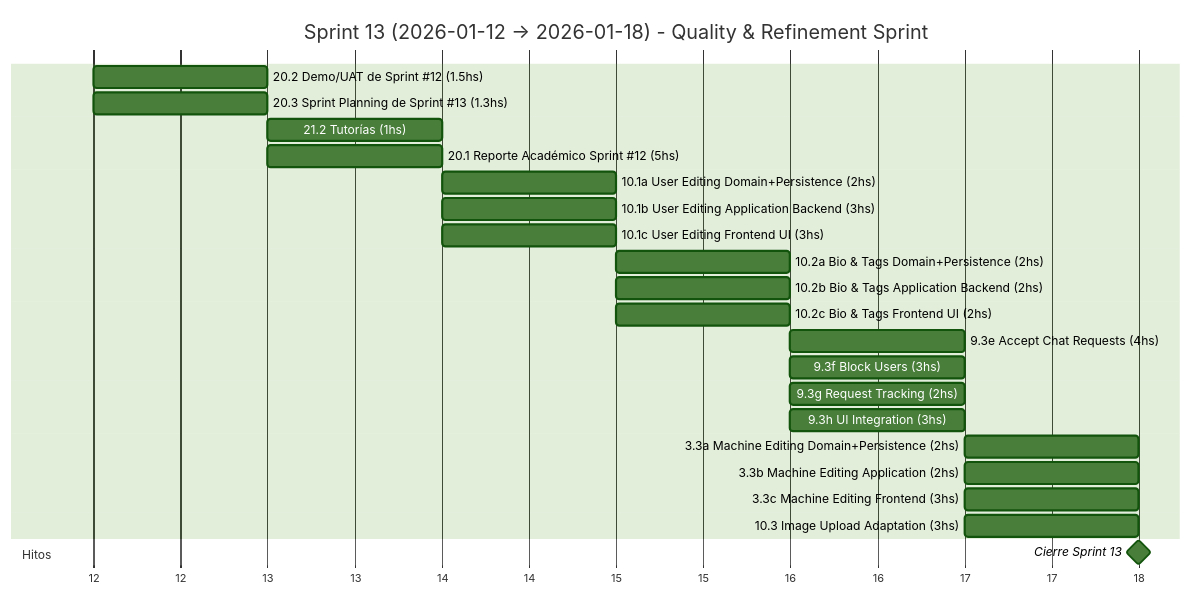
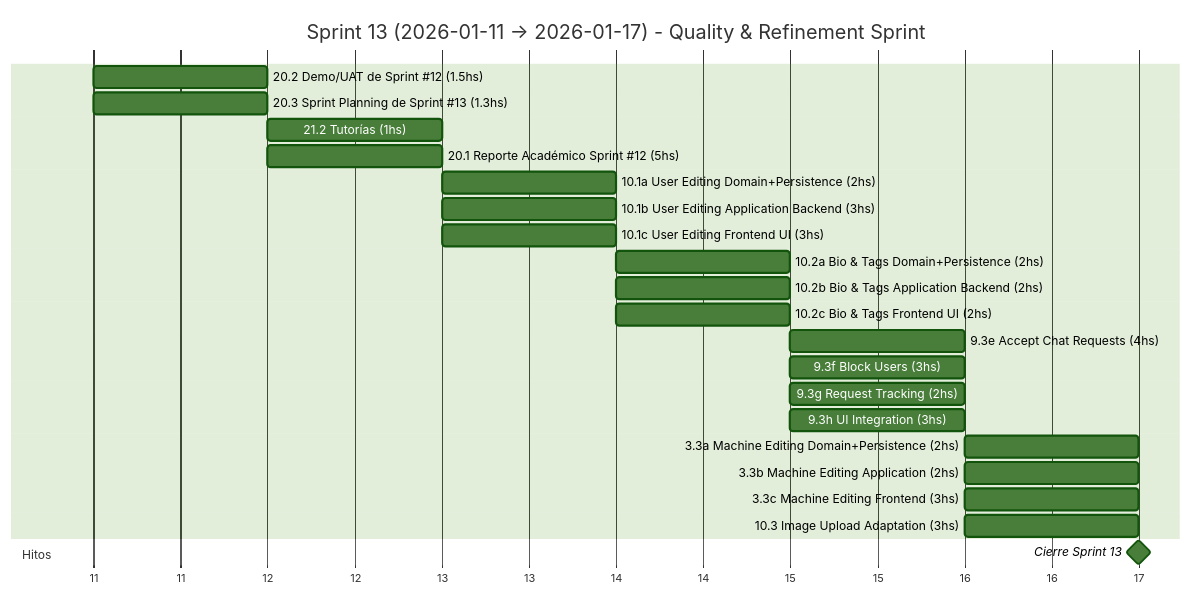
Before and after one commit to MarkMed/FleetMan: diagram 14 of 19 in docs/SprintsGantts.md, drawn with Mermaid (forest theme). The commit also changed other lines of this file and 1 other file, not shown here.

Commit message:
fix(docs): Update Sprint #13 and #14 dates and adjust task hours in planning documents

````diff
--- a/docs/SprintsGantts.md
+++ b/docs/SprintsGantts.md
@@ -412,35 +412,35 @@
 ```mermaid
 gantt
-  title Sprint 13 (2026-01-12 → 2026-01-18) - Quality & Refinement Sprint
+  title Sprint 13 (2026-01-11 → 2026-01-17) - Quality & Refinement Sprint
   dateFormat  YYYY-MM-DD
   axisFormat  %d
 
   %% Asumimos 5 h/día. Horas estimadas incluidas en el nombre.
   %% Orden estratégico: simple → complejo para momentum
 
-  20.2 Demo/UAT de Sprint #12 (1.5hs)          :t202, 2026-01-12, 1d
-  20.3 Sprint Planning de Sprint #13 (1.3hs)   :t203, 2026-01-12, 1d
-  21.2 Tutorías (1hs)                          :t212, 2026-01-13, 1d
-  20.1 Reporte Académico Sprint #12 (5hs)      :t201, 2026-01-13, 1d
+  20.2 Demo/UAT de Sprint #12 (1.5hs)          :t202, 2026-01-11, 1d
+  20.3 Sprint Planning de Sprint #13 (1.3hs)   :t203, 2026-01-11, 1d
+  21.2 Tutorías (1hs)                          :t212, 2026-01-12, 1d
+  20.1 Reporte Académico Sprint #12 (5hs)      :t201, 2026-01-12, 1d
 
-  10.1a User Editing Domain+Persistence (2hs)  :t101a, 2026-01-14, 1d
-  10.1b User Editing Application Backend (3hs) :t101b, 2026-01-14, 1d
-  10.1c User Editing Frontend UI (3hs)         :t101c, 2026-01-14, 1d
+  10.1a User Editing Domain+Persistence (2hs)  :t101a, 2026-01-13, 1d
+  10.1b User Editing Application Backend (3hs) :t101b, 2026-01-13, 1d
+  10.1c User Editing Frontend UI (3hs)         :t101c, 2026-01-13, 1d
 
-  10.2a Bio & Tags Domain+Persistence (2hs)    :t102a, 2026-01-15, 1d
-  10.2b Bio & Tags Application Backend (2hs)   :t102b, 2026-01-15, 1d
-  10.2c Bio & Tags Frontend UI (2hs)           :t102c, 2026-01-15, 1d
+  10.2a Bio & Tags Domain+Persistence (2hs)    :t102a, 2026-01-14, 1d
+  10.2b Bio & Tags Application Backend (2hs)   :t102b, 2026-01-14, 1d
+  10.2c Bio & Tags Frontend UI (2hs)           :t102c, 2026-01-14, 1d
 
-  9.3e Accept Chat Requests (4hs)              :t93e, 2026-01-16, 1d
-  9.3f Block Users (3hs)                       :t93f, 2026-01-16, 1d
-  9.3g Request Tracking (2hs)                  :t93g, 2026-01-16, 1d
-  9.3h UI Integration (3hs)                    :t93h, 2026-01-16, 1d
+  9.3e Accept Chat Requests (4hs)              :t93e, 2026-01-15, 1d
+  9.3f Block Users (3hs)                       :t93f, 2026-01-15, 1d
+  9.3g Request Tracking (2hs)                  :t93g, 2026-01-15, 1d
+  9.3h UI Integration (3hs)                    :t93h, 2026-01-15, 1d
 
-  3.3a Machine Editing Domain+Persistence (2hs) :t33a, 2026-01-17, 1d
-  3.3b Machine Editing Application (2hs)       :t33b, 2026-01-17, 1d
-  3.3c Machine Editing Frontend (3hs)          :t33c, 2026-01-17, 1d
-  10.3 Image Upload Adaptation (3hs)           :t103, 2026-01-17, 1d
+  3.3a Machine Editing Domain+Persistence (2hs) :t33a, 2026-01-16, 1d
+  3.3b Machine Editing Application (2hs)       :t33b, 2026-01-16, 1d
+  3.3c Machine Editing Frontend (3hs)          :t33c, 2026-01-16, 1d
+  10.3 Image Upload Adaptation (3hs)           :t103, 2026-01-16, 1d
 
   section Hitos
-  Cierre Sprint 13                             :milestone, s13, 2026-01-18, 0d
+  Cierre Sprint 13                             :milestone, s13, 2026-01-17, 0d
 ```
````
